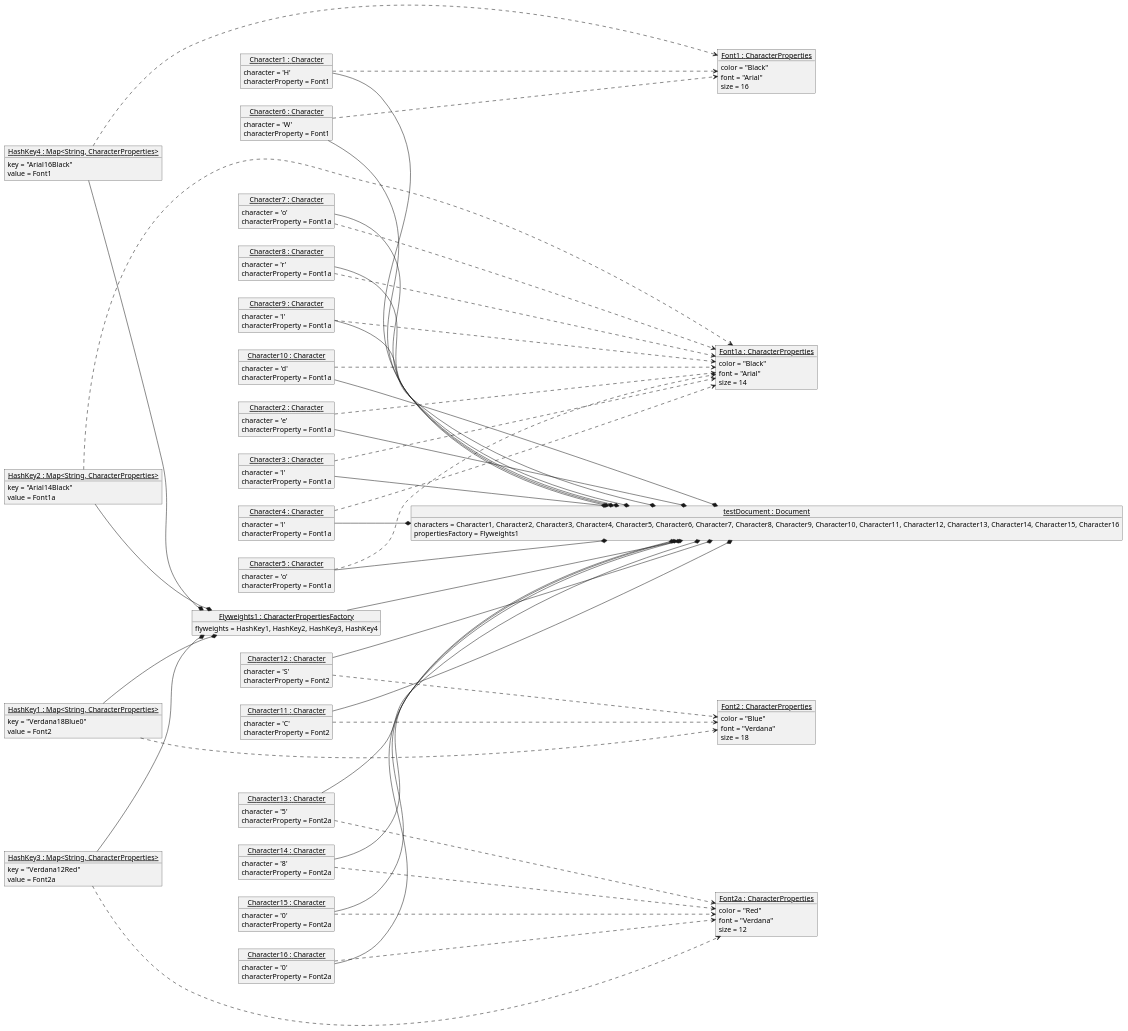
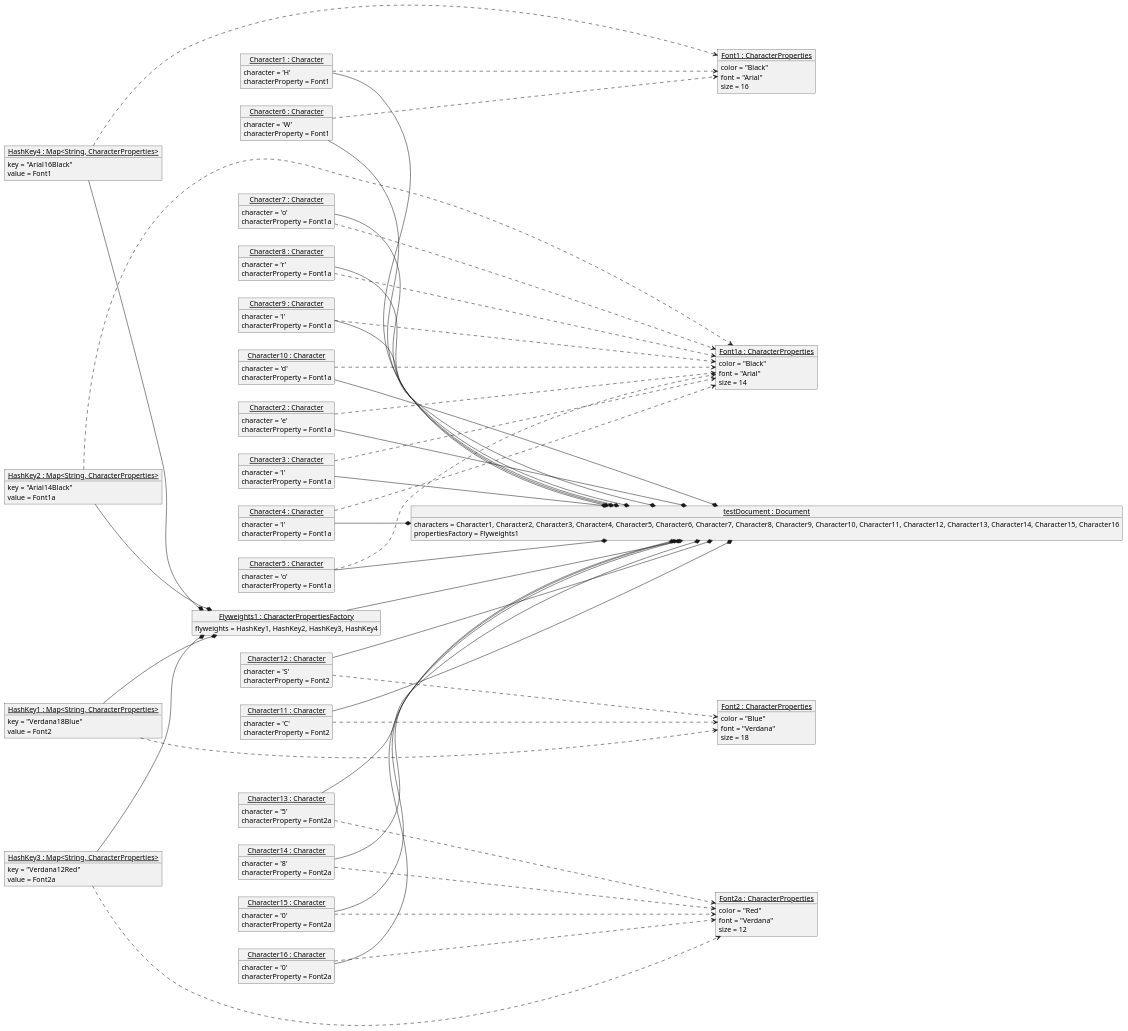
The diagram in CS4800/HW7_Answer/objDiag1.puml (LoloMarty/2024-), drawn with PlantUML before and after one commit. The commit also changed 5 other files, not shown here.

```diff
--- a/CS4800/HW7_Answer/objDiag1.puml
+++ b/CS4800/HW7_Answer/objDiag1.puml
@@ -1,187 +1,187 @@
 @startuml
 
 left to right direction
 
 object "<u>testDocument : Document</u>" as testDocument{
     characters = Character1, Character2, Character3, Character4, Character5, Character6, Character7, Character8, Character9, Character10, Character11, Character12, Character13, Character14, Character15, Character16
     propertiesFactory = Flyweights1
 }
 
 object "<u>Font1 : CharacterProperties</u>" as Font1{
     color = "Black"
     font = "Arial"
     size = 16
 }
 
 object "<u>Font1a : CharacterProperties</u>" as Font1a{
     color = "Black"
     font = "Arial"
     size = 14
 }
 
 object "<u>Font2 : CharacterProperties</u>" as Font2{
     color = "Blue"
     font = "Verdana"
     size = 18
 }
 
 object "<u>Font2a : CharacterProperties</u>" as Font2a{
     color = "Red"
     font = "Verdana"
     size = 12
 }
 
 object "<u>Character1 : Character</u>" as Char1{
     character = 'H'
     characterProperty = Font1
 }
 Char1 ..> Font1
 
 object "<u>Character2 : Character</u>" as Char2{
     character = 'e'
     characterProperty = Font1a
 }
 Char2 ..> Font1a
 
 object "<u>Character3 : Character</u>" as Char3{
     character = 'l'
     characterProperty = Font1a
 }
 Char3 ..> Font1a
 
 object "<u>Character4 : Character</u>" as Char4{
     character = 'l'
     characterProperty = Font1a
 }
 Char4 ..> Font1a
 
 object "<u>Character5 : Character</u>" as Char5{
     character = 'o'
     characterProperty = Font1a
 }
 Char5 ..> Font1a
 
 object "<u>Character6 : Character</u>" as Char6{
     character = 'W'
     characterProperty = Font1
 }
 Char6 ..> Font1
 
 object "<u>Character7 : Character</u>" as Char7{
     character = 'o'
     characterProperty = Font1a
 }
 Char7 ..> Font1a
 
 object "<u>Character8 : Character</u>" as Char8{
     character = 'r'
     characterProperty = Font1a
 }
 Char8 ..> Font1a
 
 object "<u>Character9 : Character</u>" as Char9{
     character = 'l'
     characterProperty = Font1a
 }
 Char9 ..> Font1a
 
 object "<u>Character10 : Character</u>" as Char10{
     character = 'd'
     characterProperty = Font1a
 }
 Char10 ..> Font1a
 
 object "<u>Character11 : Character</u>" as Char11{
     character = 'C'
     characterProperty = Font2
 }
 Char11 ..> Font2
 
 object "<u>Character12 : Character</u>" as Char12{
     character = 'S'
     characterProperty = Font2
 }
 Char12 ..> Font2
 
 object "<u>Character13 : Character</u>" as Char13{
     character = '5'
     characterProperty = Font2a
 }
 Char13 ..> Font2a
 
 object "<u>Character14 : Character</u>" as Char14{
     character = '8'
     characterProperty = Font2a
 }
 Char14 ..> Font2a
 
 object "<u>Character15 : Character</u>" as Char15{
     character = '0'
     characterProperty = Font2a
 }
 Char15 ..> Font2a
 
 object "<u>Character16 : Character</u>" as Char16{
     character = '0'
     characterProperty = Font2a
 }
 Char16 ..> Font2a
 
 object "<u>Flyweights1 : CharacterPropertiesFactory</u>" as FlyW1{
     flyweights = HashKey1, HashKey2, HashKey3, HashKey4
 }
 
 object "<u>HashKey1 : Map<String, CharacterProperties></u>" as HashK1{
-    key = "Verdana18Blue0"
+    key = "Verdana18Blue"
     value = Font2
 }
 
 object "<u>HashKey2 : Map<String, CharacterProperties></u>" as HashK2{
     key = "Arial14Black"
     value = Font1a
 }
 
 object "<u>HashKey3 : Map<String, CharacterProperties></u>" as HashK3{
     key = "Verdana12Red"
     value = Font2a
 }
 
 object "<u>HashKey4 : Map<String, CharacterProperties></u>" as HashK4{
     key = "Arial16Black"
     value = Font1
 }
 
 Char1 --* testDocument
 Char2 --* testDocument
 Char3 --* testDocument
 Char4 --* testDocument
 Char5 --* testDocument
 Char6 --* testDocument
 Char7 --* testDocument
 Char8 --* testDocument
 Char9 --* testDocument
 Char10 --* testDocument
 Char11 --* testDocument
 Char12 --* testDocument
 Char13 --* testDocument
 Char14 --* testDocument
 Char15 --* testDocument
 Char16 --* testDocument
 
 FlyW1 --* testDocument
 
 HashK1 --* FlyW1
 HashK2 --* FlyW1
 HashK3 --* FlyW1
 HashK4 --* FlyW1
 
 HashK1 ..> Font2
 HashK2 ..> Font1a
 HashK3 ..> Font2a
 HashK4 ..> Font1
 
 
 
 
 
 @enduml
```
